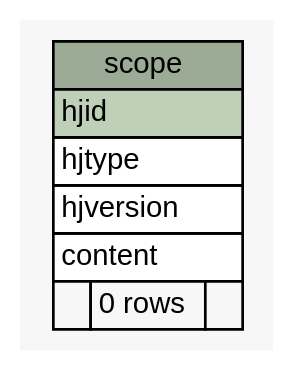
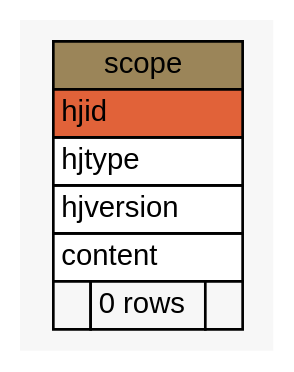
One commit to lmu-bioinformatics/xmlpipedb changed the diagram in site/docs/schemaspy/gmbuilderdb/diagrams/summary/scope.1degree.dot. Above: the diagram before and after it, drawn with Graphviz. The commit also changed 1111 other files, not shown here.

```diff
--- a/site/docs/schemaspy/gmbuilderdb/diagrams/summary/scope.1degree.dot
+++ b/site/docs/schemaspy/gmbuilderdb/diagrams/summary/scope.1degree.dot
@@ -1,33 +1,33 @@
 // dot 2.22.2 on Windows Vista 6.0
 // SchemaSpy rev 536
 digraph "scope" {
   graph [
     rankdir="RL"
     bgcolor="#f7f7f7"
     nodesep="0.18"
     ranksep="0.46"
     fontname="Helvetica"
     fontsize="11"
   ];
   node [
     fontname="Helvetica"
     fontsize="11"
     shape="plaintext"
   ];
   edge [
     arrowsize="0.8"
   ];
   "scope" [
     label=<
     <TABLE BORDER="0" CELLBORDER="1" CELLSPACING="0" BGCOLOR="#ffffff">
-      <TR><TD COLSPAN="3" BGCOLOR="#9bab96" ALIGN="CENTER">scope</TD></TR>
-      <TR><TD PORT="hjid" COLSPAN="3" BGCOLOR="#bed1b8" ALIGN="LEFT">hjid</TD></TR>
+      <TR><TD COLSPAN="3" BGCOLOR="#9b8559" ALIGN="CENTER">scope</TD></TR>
+      <TR><TD PORT="hjid" COLSPAN="3" BGCOLOR="#e16239" ALIGN="LEFT">hjid</TD></TR>
       <TR><TD PORT="hjtype" COLSPAN="3" ALIGN="LEFT">hjtype</TD></TR>
       <TR><TD PORT="hjversion" COLSPAN="3" ALIGN="LEFT">hjversion</TD></TR>
       <TR><TD PORT="content" COLSPAN="3" ALIGN="LEFT">content</TD></TR>
       <TR><TD ALIGN="LEFT" BGCOLOR="#f7f7f7">  </TD><TD ALIGN="RIGHT" BGCOLOR="#f7f7f7">0 rows</TD><TD ALIGN="RIGHT" BGCOLOR="#f7f7f7">  </TD></TR>
     </TABLE>>
     URL="tables/scope.html"
     tooltip="scope"
   ];
 }
```
